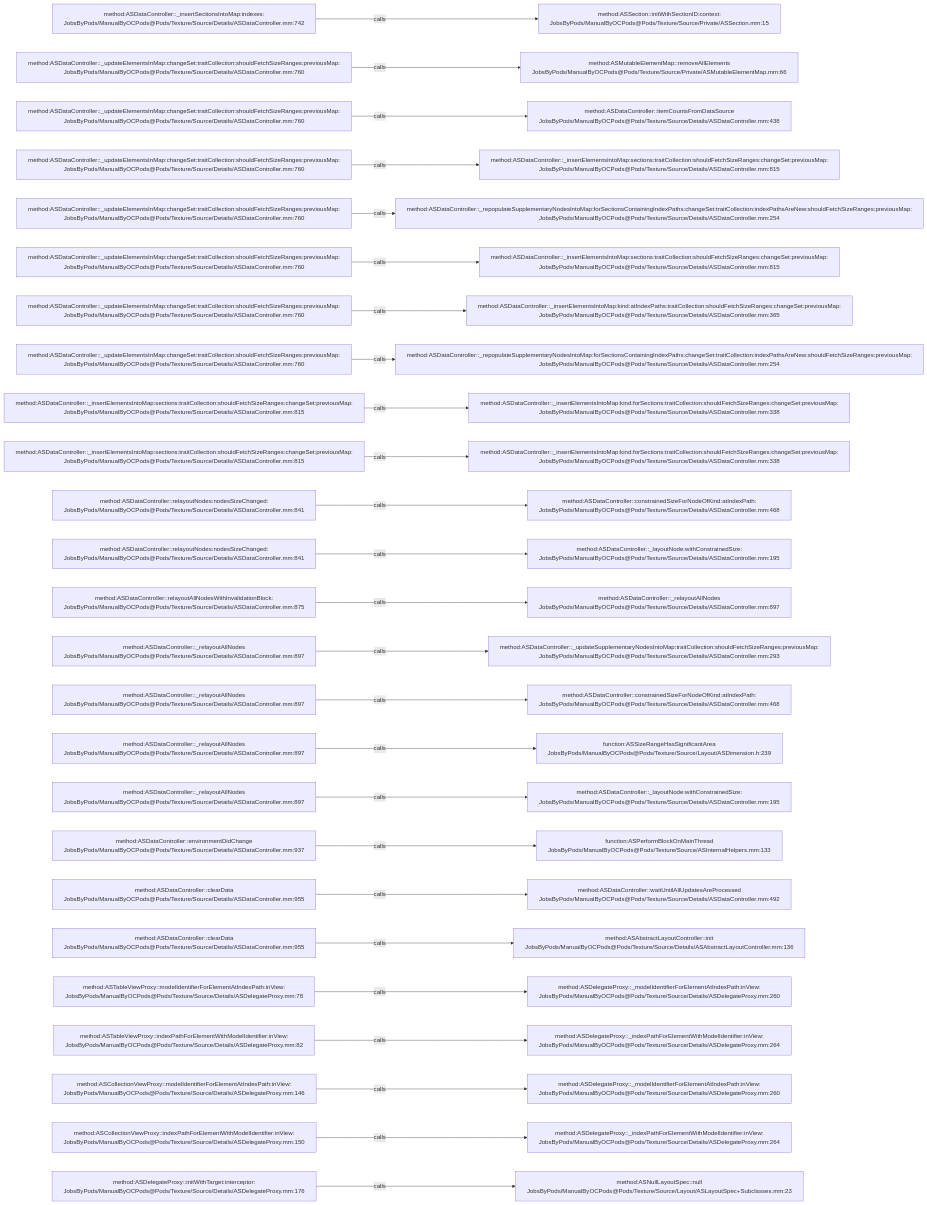
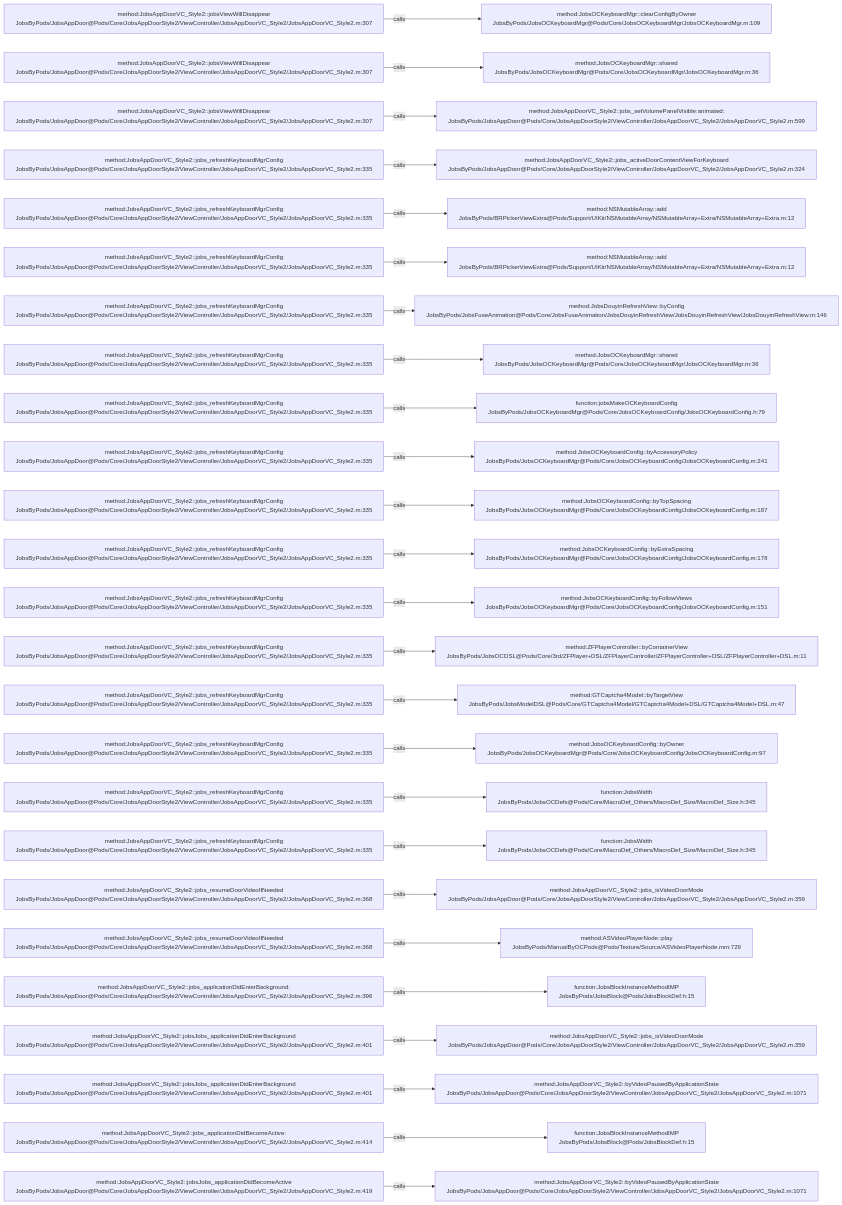
Before and after one commit to JobsKits/JobsOCBaseConfigDemo: the diagram in .codegraph/codegraph.md/graphs/calls-140.md, drawn with Mermaid. The commit also changed 768 other files, not shown here.

````diff
--- a/.codegraph/codegraph.md/graphs/calls-140.md
+++ b/.codegraph/codegraph.md/graphs/calls-140.md
@@ -13,78 +13,78 @@
 ```mermaid
 flowchart LR
-  S1["method:ASDataController::_insertSectionsIntoMap:indexes:<br/>JobsByPods/ManualByOCPods@Pods/Texture/Source/Details/ASDataController.mm:742"]
-  T1["method:ASSection::initWithSectionID:context:<br/>JobsByPods/ManualByOCPods@Pods/Texture/Source/Private/ASSection.mm:15"]
+  S1["method:JobsAppDoorVC_Style2::jobsViewWillDisappear<br/>JobsByPods/JobsAppDoor@Pods/Core/JobsAppDoorStyle2/ViewController/JobsAppDoorVC_Style2/JobsAppDoorVC_Style2.m:307"]
+  T1["method:JobsOCKeyboardMgr::clearConfigByOwner<br/>JobsByPods/JobsOCKeyboardMgr@Pods/Core/JobsOCKeyboardMgr/JobsOCKeyboardMgr.m:109"]
   S1 -->|calls| T1
-  S2["method:ASDataController::_updateElementsInMap:changeSet:traitCollection:shouldFetchSizeRanges:previousMap:<br/>JobsByPods/ManualByOCPods@Pods/Texture/Source/Details/ASDataController.mm:760"]
-  T2["method:ASMutableElementMap::removeAllElements<br/>JobsByPods/ManualByOCPods@Pods/Texture/Source/Private/ASMutableElementMap.mm:66"]
+  S2["method:JobsAppDoorVC_Style2::jobsViewWillDisappear<br/>JobsByPods/JobsAppDoor@Pods/Core/JobsAppDoorStyle2/ViewController/JobsAppDoorVC_Style2/JobsAppDoorVC_Style2.m:307"]
+  T2["method:JobsOCKeyboardMgr::shared<br/>JobsByPods/JobsOCKeyboardMgr@Pods/Core/JobsOCKeyboardMgr/JobsOCKeyboardMgr.m:36"]
   S2 -->|calls| T2
-  S3["method:ASDataController::_updateElementsInMap:changeSet:traitCollection:shouldFetchSizeRanges:previousMap:<br/>JobsByPods/ManualByOCPods@Pods/Texture/Source/Details/ASDataController.mm:760"]
-  T3["method:ASDataController::itemCountsFromDataSource<br/>JobsByPods/ManualByOCPods@Pods/Texture/Source/Details/ASDataController.mm:438"]
+  S3["method:JobsAppDoorVC_Style2::jobsViewWillDisappear<br/>JobsByPods/JobsAppDoor@Pods/Core/JobsAppDoorStyle2/ViewController/JobsAppDoorVC_Style2/JobsAppDoorVC_Style2.m:307"]
+  T3["method:JobsAppDoorVC_Style2::jobs_setVolumePanelVisible:animated:<br/>JobsByPods/JobsAppDoor@Pods/Core/JobsAppDoorStyle2/ViewController/JobsAppDoorVC_Style2/JobsAppDoorVC_Style2.m:599"]
   S3 -->|calls| T3
-  S4["method:ASDataController::_updateElementsInMap:changeSet:traitCollection:shouldFetchSizeRanges:previousMap:<br/>JobsByPods/ManualByOCPods@Pods/Texture/Source/Details/ASDataController.mm:760"]
-  T4["method:ASDataController::_insertElementsIntoMap:sections:traitCollection:shouldFetchSizeRanges:changeSet:previousMap:<br/>JobsByPods/ManualByOCPods@Pods/Texture/Source/Details/ASDataController.mm:815"]
+  S4["method:JobsAppDoorVC_Style2::jobs_refreshKeyboardMgrConfig<br/>JobsByPods/JobsAppDoor@Pods/Core/JobsAppDoorStyle2/ViewController/JobsAppDoorVC_Style2/JobsAppDoorVC_Style2.m:335"]
+  T4["method:JobsAppDoorVC_Style2::jobs_activeDoorContentViewForKeyboard<br/>JobsByPods/JobsAppDoor@Pods/Core/JobsAppDoorStyle2/ViewController/JobsAppDoorVC_Style2/JobsAppDoorVC_Style2.m:324"]
   S4 -->|calls| T4
-  S5["method:ASDataController::_updateElementsInMap:changeSet:traitCollection:shouldFetchSizeRanges:previousMap:<br/>JobsByPods/ManualByOCPods@Pods/Texture/Source/Details/ASDataController.mm:760"]
-  T5["method:ASDataController::_repopulateSupplementaryNodesIntoMap:forSectionsContainingIndexPaths:changeSet:traitCollection:indexPathsAreNew:shouldFetchSizeRanges:previousMap:<br/>JobsByPods/ManualByOCPods@Pods/Texture/Source/Details/ASDataController.mm:254"]
+  S5["method:JobsAppDoorVC_Style2::jobs_refreshKeyboardMgrConfig<br/>JobsByPods/JobsAppDoor@Pods/Core/JobsAppDoorStyle2/ViewController/JobsAppDoorVC_Style2/JobsAppDoorVC_Style2.m:335"]
+  T5["method:NSMutableArray::add<br/>JobsByPods/BRPickerViewExtra@Pods/Support/UIKit/NSMutableArray/NSMutableArray+Extra/NSMutableArray+Extra.m:12"]
   S5 -->|calls| T5
-  S6["method:ASDataController::_updateElementsInMap:changeSet:traitCollection:shouldFetchSizeRanges:previousMap:<br/>JobsByPods/ManualByOCPods@Pods/Texture/Source/Details/ASDataController.mm:760"]
-  T6["method:ASDataController::_insertElementsIntoMap:sections:traitCollection:shouldFetchSizeRanges:changeSet:previousMap:<br/>JobsByPods/ManualByOCPods@Pods/Texture/Source/Details/ASDataController.mm:815"]
+  S6["method:JobsAppDoorVC_Style2::jobs_refreshKeyboardMgrConfig<br/>JobsByPods/JobsAppDoor@Pods/Core/JobsAppDoorStyle2/ViewController/JobsAppDoorVC_Style2/JobsAppDoorVC_Style2.m:335"]
+  T6["method:NSMutableArray::add<br/>JobsByPods/BRPickerViewExtra@Pods/Support/UIKit/NSMutableArray/NSMutableArray+Extra/NSMutableArray+Extra.m:12"]
   S6 -->|calls| T6
-  S7["method:ASDataController::_updateElementsInMap:changeSet:traitCollection:shouldFetchSizeRanges:previousMap:<br/>JobsByPods/ManualByOCPods@Pods/Texture/Source/Details/ASDataController.mm:760"]
-  T7["method:ASDataController::_insertElementsIntoMap:kind:atIndexPaths:traitCollection:shouldFetchSizeRanges:changeSet:previousMap:<br/>JobsByPods/ManualByOCPods@Pods/Texture/Source/Details/ASDataController.mm:365"]
+  S7["method:JobsAppDoorVC_Style2::jobs_refreshKeyboardMgrConfig<br/>JobsByPods/JobsAppDoor@Pods/Core/JobsAppDoorStyle2/ViewController/JobsAppDoorVC_Style2/JobsAppDoorVC_Style2.m:335"]
+  T7["method:JobsDouyinRefreshView::byConfig<br/>JobsByPods/JobsFuseAnimation@Pods/Core/JobsFuseAnimation/JobsDouyinRefreshView/JobsDouyinRefreshView/JobsDouyinRefreshView.m:146"]
   S7 -->|calls| T7
-  S8["method:ASDataController::_updateElementsInMap:changeSet:traitCollection:shouldFetchSizeRanges:previousMap:<br/>JobsByPods/ManualByOCPods@Pods/Texture/Source/Details/ASDataController.mm:760"]
-  T8["method:ASDataController::_repopulateSupplementaryNodesIntoMap:forSectionsContainingIndexPaths:changeSet:traitCollection:indexPathsAreNew:shouldFetchSizeRanges:previousMap:<br/>JobsByPods/ManualByOCPods@Pods/Texture/Source/Details/ASDataController.mm:254"]
+  S8["method:JobsAppDoorVC_Style2::jobs_refreshKeyboardMgrConfig<br/>JobsByPods/JobsAppDoor@Pods/Core/JobsAppDoorStyle2/ViewController/JobsAppDoorVC_Style2/JobsAppDoorVC_Style2.m:335"]
+  T8["method:JobsOCKeyboardMgr::shared<br/>JobsByPods/JobsOCKeyboardMgr@Pods/Core/JobsOCKeyboardMgr/JobsOCKeyboardMgr.m:36"]
   S8 -->|calls| T8
-  S9["method:ASDataController::_insertElementsIntoMap:sections:traitCollection:shouldFetchSizeRanges:changeSet:previousMap:<br/>JobsByPods/ManualByOCPods@Pods/Texture/Source/Details/ASDataController.mm:815"]
-  T9["method:ASDataController::_insertElementsIntoMap:kind:forSections:traitCollection:shouldFetchSizeRanges:changeSet:previousMap:<br/>JobsByPods/ManualByOCPods@Pods/Texture/Source/Details/ASDataController.mm:338"]
+  S9["method:JobsAppDoorVC_Style2::jobs_refreshKeyboardMgrConfig<br/>JobsByPods/JobsAppDoor@Pods/Core/JobsAppDoorStyle2/ViewController/JobsAppDoorVC_Style2/JobsAppDoorVC_Style2.m:335"]
+  T9["function:jobsMakeOCKeyboardConfig<br/>JobsByPods/JobsOCKeyboardMgr@Pods/Core/JobsOCKeyboardConfig/JobsOCKeyboardConfig.h:79"]
   S9 -->|calls| T9
-  S10["method:ASDataController::_insertElementsIntoMap:sections:traitCollection:shouldFetchSizeRanges:changeSet:previousMap:<br/>JobsByPods/ManualByOCPods@Pods/Texture/Source/Details/ASDataController.mm:815"]
-  T10["method:ASDataController::_insertElementsIntoMap:kind:forSections:traitCollection:shouldFetchSizeRanges:changeSet:previousMap:<br/>JobsByPods/ManualByOCPods@Pods/Texture/Source/Details/ASDataController.mm:338"]
+  S10["method:JobsAppDoorVC_Style2::jobs_refreshKeyboardMgrConfig<br/>JobsByPods/JobsAppDoor@Pods/Core/JobsAppDoorStyle2/ViewController/JobsAppDoorVC_Style2/JobsAppDoorVC_Style2.m:335"]
+  T10["method:JobsOCKeyboardConfig::byAccessoryPolicy<br/>JobsByPods/JobsOCKeyboardMgr@Pods/Core/JobsOCKeyboardConfig/JobsOCKeyboardConfig.m:241"]
   S10 -->|calls| T10
-  S11["method:ASDataController::relayoutNodes:nodesSizeChanged:<br/>JobsByPods/ManualByOCPods@Pods/Texture/Source/Details/ASDataController.mm:841"]
-  T11["method:ASDataController::constrainedSizeForNodeOfKind:atIndexPath:<br/>JobsByPods/ManualByOCPods@Pods/Texture/Source/Details/ASDataController.mm:468"]
+  S11["method:JobsAppDoorVC_Style2::jobs_refreshKeyboardMgrConfig<br/>JobsByPods/JobsAppDoor@Pods/Core/JobsAppDoorStyle2/ViewController/JobsAppDoorVC_Style2/JobsAppDoorVC_Style2.m:335"]
+  T11["method:JobsOCKeyboardConfig::byTopSpacing<br/>JobsByPods/JobsOCKeyboardMgr@Pods/Core/JobsOCKeyboardConfig/JobsOCKeyboardConfig.m:187"]
   S11 -->|calls| T11
-  S12["method:ASDataController::relayoutNodes:nodesSizeChanged:<br/>JobsByPods/ManualByOCPods@Pods/Texture/Source/Details/ASDataController.mm:841"]
-  T12["method:ASDataController::_layoutNode:withConstrainedSize:<br/>JobsByPods/ManualByOCPods@Pods/Texture/Source/Details/ASDataController.mm:195"]
+  S12["method:JobsAppDoorVC_Style2::jobs_refreshKeyboardMgrConfig<br/>JobsByPods/JobsAppDoor@Pods/Core/JobsAppDoorStyle2/ViewController/JobsAppDoorVC_Style2/JobsAppDoorVC_Style2.m:335"]
+  T12["method:JobsOCKeyboardConfig::byExtraSpacing<br/>JobsByPods/JobsOCKeyboardMgr@Pods/Core/JobsOCKeyboardConfig/JobsOCKeyboardConfig.m:178"]
   S12 -->|calls| T12
-  S13["method:ASDataController::relayoutAllNodesWithInvalidationBlock:<br/>JobsByPods/ManualByOCPods@Pods/Texture/Source/Details/ASDataController.mm:875"]
-  T13["method:ASDataController::_relayoutAllNodes<br/>JobsByPods/ManualByOCPods@Pods/Texture/Source/Details/ASDataController.mm:897"]
+  S13["method:JobsAppDoorVC_Style2::jobs_refreshKeyboardMgrConfig<br/>JobsByPods/JobsAppDoor@Pods/Core/JobsAppDoorStyle2/ViewController/JobsAppDoorVC_Style2/JobsAppDoorVC_Style2.m:335"]
+  T13["method:JobsOCKeyboardConfig::byFollowViews<br/>JobsByPods/JobsOCKeyboardMgr@Pods/Core/JobsOCKeyboardConfig/JobsOCKeyboardConfig.m:151"]
   S13 -->|calls| T13
-  S14["method:ASDataController::_relayoutAllNodes<br/>JobsByPods/ManualByOCPods@Pods/Texture/Source/Details/ASDataController.mm:897"]
-  T14["method:ASDataController::_updateSupplementaryNodesIntoMap:traitCollection:shouldFetchSizeRanges:previousMap:<br/>JobsByPods/ManualByOCPods@Pods/Texture/Source/Details/ASDataController.mm:293"]
+  S14["method:JobsAppDoorVC_Style2::jobs_refreshKeyboardMgrConfig<br/>JobsByPods/JobsAppDoor@Pods/Core/JobsAppDoorStyle2/ViewController/JobsAppDoorVC_Style2/JobsAppDoorVC_Style2.m:335"]
+  T14["method:ZFPlayerController::byContainerView<br/>JobsByPods/JobsOCDSL@Pods/Core/3rd/ZFPlayer+DSL/ZFPlayerController/ZFPlayerController+DSL/ZFPlayerController+DSL.m:11"]
   S14 -->|calls| T14
-  S15["method:ASDataController::_relayoutAllNodes<br/>JobsByPods/ManualByOCPods@Pods/Texture/Source/Details/ASDataController.mm:897"]
-  T15["method:ASDataController::constrainedSizeForNodeOfKind:atIndexPath:<br/>JobsByPods/ManualByOCPods@Pods/Texture/Source/Details/ASDataController.mm:468"]
+  S15["method:JobsAppDoorVC_Style2::jobs_refreshKeyboardMgrConfig<br/>JobsByPods/JobsAppDoor@Pods/Core/JobsAppDoorStyle2/ViewController/JobsAppDoorVC_Style2/JobsAppDoorVC_Style2.m:335"]
+  T15["method:GTCaptcha4Model::byTargetView<br/>JobsByPods/JobsModelDSL@Pods/Core/GTCaptcha4Model/GTCaptcha4Model+DSL/GTCaptcha4Model+DSL.m:47"]
   S15 -->|calls| T15
-  S16["method:ASDataController::_relayoutAllNodes<br/>JobsByPods/ManualByOCPods@Pods/Texture/Source/Details/ASDataController.mm:897"]
-  T16["function:ASSizeRangeHasSignificantArea<br/>JobsByPods/ManualByOCPods@Pods/Texture/Source/Layout/ASDimension.h:239"]
+  S16["method:JobsAppDoorVC_Style2::jobs_refreshKeyboardMgrConfig<br/>JobsByPods/JobsAppDoor@Pods/Core/JobsAppDoorStyle2/ViewController/JobsAppDoorVC_Style2/JobsAppDoorVC_Style2.m:335"]
+  T16["method:JobsOCKeyboardConfig::byOwner<br/>JobsByPods/JobsOCKeyboardMgr@Pods/Core/JobsOCKeyboardConfig/JobsOCKeyboardConfig.m:97"]
   S16 -->|calls| T16
-  S17["method:ASDataController::_relayoutAllNodes<br/>JobsByPods/ManualByOCPods@Pods/Texture/Source/Details/ASDataController.mm:897"]
-  T17["method:ASDataController::_layoutNode:withConstrainedSize:<br/>JobsByPods/ManualByOCPods@Pods/Texture/Source/Details/ASDataController.mm:195"]
+  S17["method:JobsAppDoorVC_Style2::jobs_refreshKeyboardMgrConfig<br/>JobsByPods/JobsAppDoor@Pods/Core/JobsAppDoorStyle2/ViewController/JobsAppDoorVC_Style2/JobsAppDoorVC_Style2.m:335"]
+  T17["function:JobsWidth<br/>JobsByPods/JobsOCDefs@Pods/Core/MacroDef_Others/MacroDef_Size/MacroDef_Size.h:345"]
   S17 -->|calls| T17
-  S18["method:ASDataController::environmentDidChange<br/>JobsByPods/ManualByOCPods@Pods/Texture/Source/Details/ASDataController.mm:937"]
-  T18["function:ASPerformBlockOnMainThread<br/>JobsByPods/ManualByOCPods@Pods/Texture/Source/ASInternalHelpers.mm:133"]
+  S18["method:JobsAppDoorVC_Style2::jobs_refreshKeyboardMgrConfig<br/>JobsByPods/JobsAppDoor@Pods/Core/JobsAppDoorStyle2/ViewController/JobsAppDoorVC_Style2/JobsAppDoorVC_Style2.m:335"]
+  T18["function:JobsWidth<br/>JobsByPods/JobsOCDefs@Pods/Core/MacroDef_Others/MacroDef_Size/MacroDef_Size.h:345"]
   S18 -->|calls| T18
-  S19["method:ASDataController::clearData<br/>JobsByPods/ManualByOCPods@Pods/Texture/Source/Details/ASDataController.mm:955"]
-  T19["method:ASDataController::waitUntilAllUpdatesAreProcessed<br/>JobsByPods/ManualByOCPods@Pods/Texture/Source/Details/ASDataController.mm:492"]
+  S19["method:JobsAppDoorVC_Style2::jobs_resumeDoorVideoIfNeeded<br/>JobsByPods/JobsAppDoor@Pods/Core/JobsAppDoorStyle2/ViewController/JobsAppDoorVC_Style2/JobsAppDoorVC_Style2.m:368"]
+  T19["method:JobsAppDoorVC_Style2::jobs_isVideoDoorMode<br/>JobsByPods/JobsAppDoor@Pods/Core/JobsAppDoorStyle2/ViewController/JobsAppDoorVC_Style2/JobsAppDoorVC_Style2.m:359"]
   S19 -->|calls| T19
-  S20["method:ASDataController::clearData<br/>JobsByPods/ManualByOCPods@Pods/Texture/Source/Details/ASDataController.mm:955"]
-  T20["method:ASAbstractLayoutController::init<br/>JobsByPods/ManualByOCPods@Pods/Texture/Source/Details/ASAbstractLayoutController.mm:136"]
+  S20["method:JobsAppDoorVC_Style2::jobs_resumeDoorVideoIfNeeded<br/>JobsByPods/JobsAppDoor@Pods/Core/JobsAppDoorStyle2/ViewController/JobsAppDoorVC_Style2/JobsAppDoorVC_Style2.m:368"]
+  T20["method:ASVideoPlayerNode::play<br/>JobsByPods/ManualByOCPods@Pods/Texture/Source/ASVideoPlayerNode.mm:729"]
   S20 -->|calls| T20
-  S21["method:ASTableViewProxy::modelIdentifierForElementAtIndexPath:inView:<br/>JobsByPods/ManualByOCPods@Pods/Texture/Source/Details/ASDelegateProxy.mm:78"]
-  T21["method:ASDelegateProxy::_modelIdentifierForElementAtIndexPath:inView:<br/>JobsByPods/ManualByOCPods@Pods/Texture/Source/Details/ASDelegateProxy.mm:260"]
+  S21["method:JobsAppDoorVC_Style2::jobs_applicationDidEnterBackground:<br/>JobsByPods/JobsAppDoor@Pods/Core/JobsAppDoorStyle2/ViewController/JobsAppDoorVC_Style2/JobsAppDoorVC_Style2.m:396"]
+  T21["function:JobsBlockInstanceMethodIMP<br/>JobsByPods/JobsBlock@Pods/JobsBlockDef.h:15"]
   S21 -->|calls| T21
-  S22["method:ASTableViewProxy::indexPathForElementWithModelIdentifier:inView:<br/>JobsByPods/ManualByOCPods@Pods/Texture/Source/Details/ASDelegateProxy.mm:82"]
-  T22["method:ASDelegateProxy::_indexPathForElementWithModelIdentifier:inView:<br/>JobsByPods/ManualByOCPods@Pods/Texture/Source/Details/ASDelegateProxy.mm:264"]
+  S22["method:JobsAppDoorVC_Style2::jobsJobs_applicationDidEnterBackground<br/>JobsByPods/JobsAppDoor@Pods/Core/JobsAppDoorStyle2/ViewController/JobsAppDoorVC_Style2/JobsAppDoorVC_Style2.m:401"]
+  T22["method:JobsAppDoorVC_Style2::jobs_isVideoDoorMode<br/>JobsByPods/JobsAppDoor@Pods/Core/JobsAppDoorStyle2/ViewController/JobsAppDoorVC_Style2/JobsAppDoorVC_Style2.m:359"]
   S22 -->|calls| T22
-  S23["method:ASCollectionViewProxy::modelIdentifierForElementAtIndexPath:inView:<br/>JobsByPods/ManualByOCPods@Pods/Texture/Source/Details/ASDelegateProxy.mm:146"]
-  T23["method:ASDelegateProxy::_modelIdentifierForElementAtIndexPath:inView:<br/>JobsByPods/ManualByOCPods@Pods/Texture/Source/Details/ASDelegateProxy.mm:260"]
+  S23["method:JobsAppDoorVC_Style2::jobsJobs_applicationDidEnterBackground<br/>JobsByPods/JobsAppDoor@Pods/Core/JobsAppDoorStyle2/ViewController/JobsAppDoorVC_Style2/JobsAppDoorVC_Style2.m:401"]
+  T23["method:JobsAppDoorVC_Style2::byVideoPausedByApplicationState<br/>JobsByPods/JobsAppDoor@Pods/Core/JobsAppDoorStyle2/ViewController/JobsAppDoorVC_Style2/JobsAppDoorVC_Style2.m:1071"]
   S23 -->|calls| T23
-  S24["method:ASCollectionViewProxy::indexPathForElementWithModelIdentifier:inView:<br/>JobsByPods/ManualByOCPods@Pods/Texture/Source/Details/ASDelegateProxy.mm:150"]
-  T24["method:ASDelegateProxy::_indexPathForElementWithModelIdentifier:inView:<br/>JobsByPods/ManualByOCPods@Pods/Texture/Source/Details/ASDelegateProxy.mm:264"]
+  S24["method:JobsAppDoorVC_Style2::jobs_applicationDidBecomeActive:<br/>JobsByPods/JobsAppDoor@Pods/Core/JobsAppDoorStyle2/ViewController/JobsAppDoorVC_Style2/JobsAppDoorVC_Style2.m:414"]
+  T24["function:JobsBlockInstanceMethodIMP<br/>JobsByPods/JobsBlock@Pods/JobsBlockDef.h:15"]
   S24 -->|calls| T24
-  S25["method:ASDelegateProxy::initWithTarget:interceptor:<br/>JobsByPods/ManualByOCPods@Pods/Texture/Source/Details/ASDelegateProxy.mm:176"]
-  T25["method:ASNullLayoutSpec::null<br/>JobsByPods/ManualByOCPods@Pods/Texture/Source/Layout/ASLayoutSpec+Subclasses.mm:23"]
+  S25["method:JobsAppDoorVC_Style2::jobsJobs_applicationDidBecomeActive<br/>JobsByPods/JobsAppDoor@Pods/Core/JobsAppDoorStyle2/ViewController/JobsAppDoorVC_Style2/JobsAppDoorVC_Style2.m:419"]
+  T25["method:JobsAppDoorVC_Style2::byVideoPausedByApplicationState<br/>JobsByPods/JobsAppDoor@Pods/Core/JobsAppDoorStyle2/ViewController/JobsAppDoorVC_Style2/JobsAppDoorVC_Style2.m:1071"]
   S25 -->|calls| T25
 ```
````
